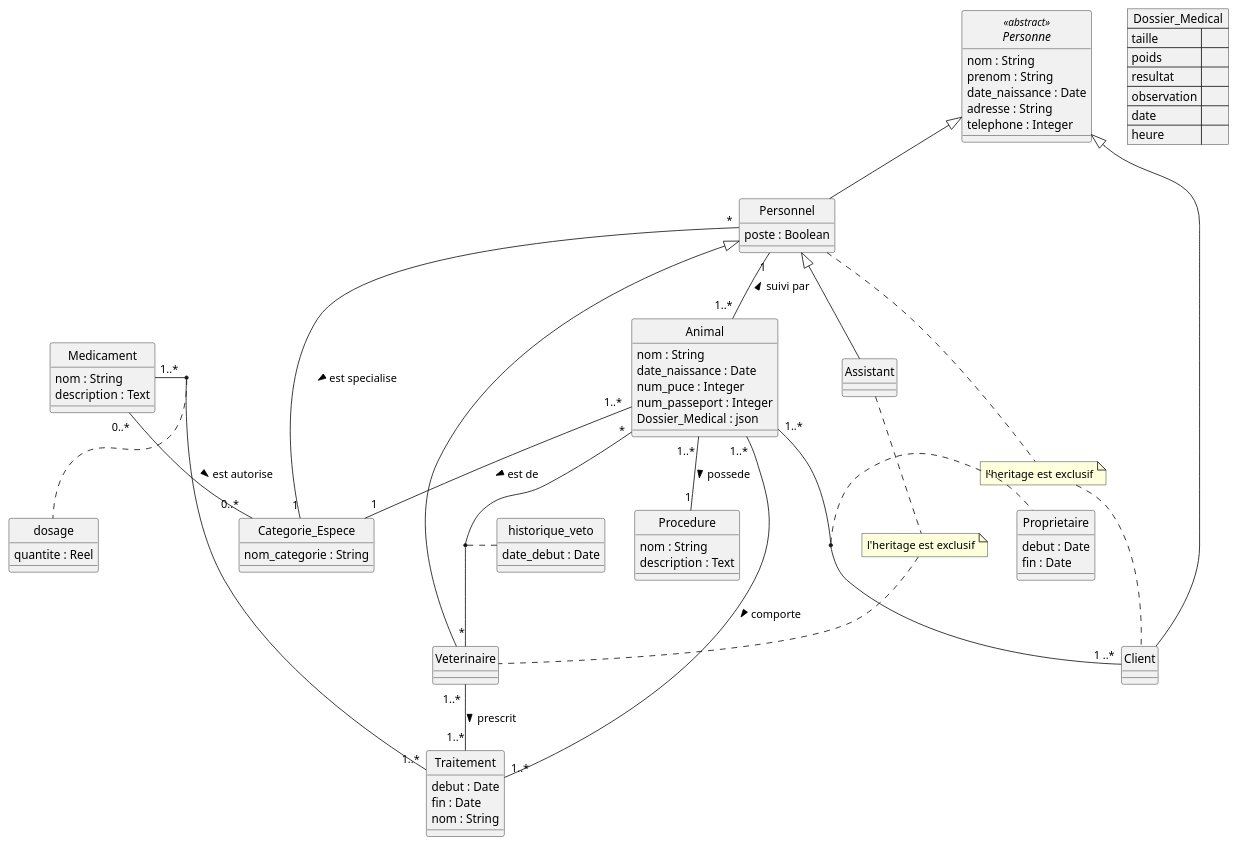
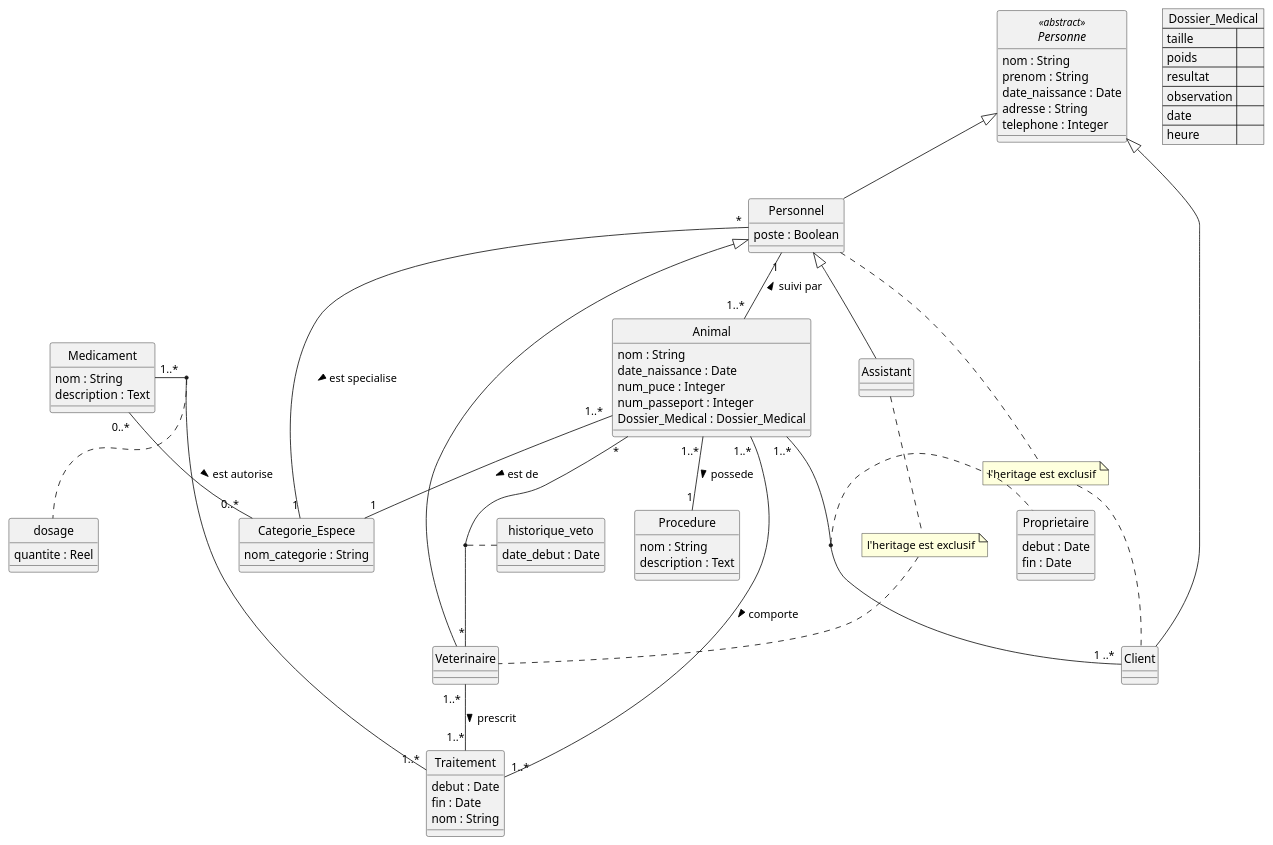
The diagram in vetoJSON.plantuml (eddymonji/Clinique_Veterinaire), drawn with PlantUML before and after one commit.

```diff
--- a/vetoJSON.plantuml
+++ b/vetoJSON.plantuml
@@ -1,111 +1,111 @@
 @startuml Clinique Veterinaire
 skinparam Style strictuml
 skinparam SequenceMessageAlignment center
 
 abstract class Personne <<abstract>> {
     nom : String 
     prenom : String
     date_naissance : Date
     adresse : String
     telephone : Integer
 }
 
 class Personnel {
     poste : Boolean 
 }
 
 class Veterinaire
 
 class Assistant
 
 class Client {
 }
 
 class Animal {
     nom : String
     date_naissance : Date 
     num_puce : Integer
     num_passeport : Integer
-    Dossier_Medical : json
+    Dossier_Medical : Dossier_Medical
 }
 
 class Categorie_Espece{
     nom_categorie : String
 }
 
 class Medicament {
     nom : String
     description : Text
 }
 
 class Traitement {
     debut : Date
     fin : Date 
     nom : String
 
 }
 
 json Dossier_Medical {
     "taille" : {},
     "poids" : {},
     "resultat" : {},
     "observation" : {},
     "date" : {},
     "heure" : {}
 }
 
 class Procedure{
     nom : String
     description : Text 
 }
 
 class dosage {
     quantite : Reel
 }
 
 class historique_veto {
     date_debut : Date
 }
 
 class Proprietaire{
     debut : Date
     fin : Date
 }
 
 
 Medicament "1..*" - "1..*" Traitement
 (Medicament, Traitement) .. dosage
 
 Personne <|-- Personnel
 Personne <|-- Client
 
 Personnel <|-- Assistant
 Personnel <|-- Veterinaire
 Personnel "*" -- "1" Categorie_Espece : est specialise >
 Personnel "1" -- "1..* " Animal : < suivi par
 Animal "*" -- "*" Veterinaire 
 (Animal, Veterinaire) .. historique_veto
 
 
 Animal "1..* " -- "1" Categorie_Espece : est de >
 Animal "1..* " -- "1 ..*" Client 
 (Animal, Client) .. Proprietaire
 ' Animal o-- "0..*" Dossier_Medical : < appartient a 
 
 Animal "1..* " -- "1..*" Traitement : comporte >
 Animal "1..* " -- "1" Procedure : possede >
 
 Veterinaire "1..* " -- "1..*" Traitement : prescrit >
 
 Medicament "0..* " -- "0..*" Categorie_Espece : est autorise > 
 
 
 note "l'heritage est exclusif" as N2
 Personnel .. N2
 N2 .. Client
 
 note "l'heritage est exclusif" as N3
 Assistant .. N3
 N3 .. Veterinaire
 
 @enduml
```
